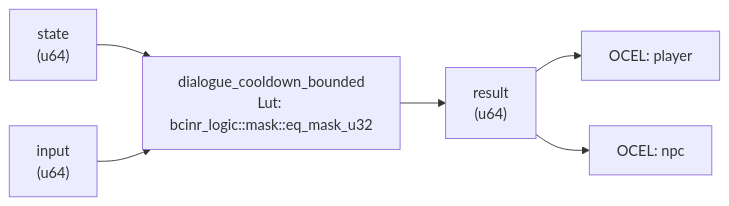
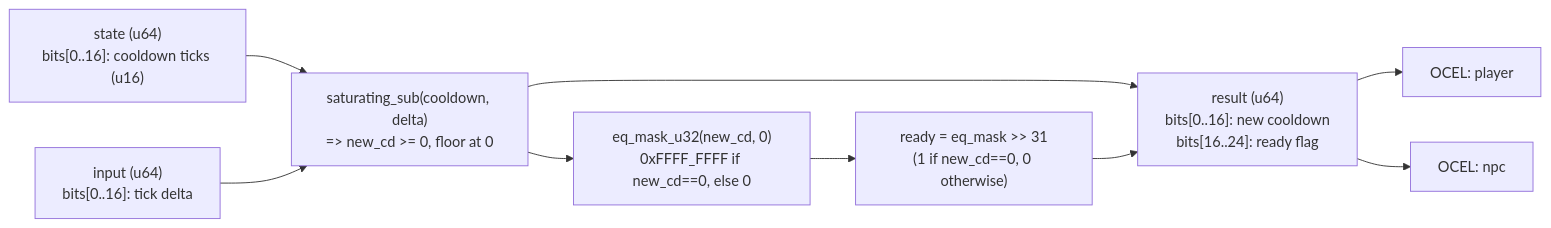
One commit to seanchatmangpt/bcinr changed the diagram in crates/wasm4games/docs/patterns/dialogue_cooldown_bounded.md. Above: the diagram before and after it, drawn with Mermaid. The commit also changed other lines of this file and 36 other files, not shown here.

````diff
--- a/crates/wasm4games/docs/patterns/dialogue_cooldown_bounded.md
+++ b/crates/wasm4games/docs/patterns/dialogue_cooldown_bounded.md
@@ -56,14 +37,19 @@
 ```mermaid
 graph LR
-    state["state\n(u64)"]
-    input["input\n(u64)"]
-    kernel["dialogue_cooldown_bounded\nLut: bcinr_logic::mask::eq_mask_u32"]
-    result["result\n(u64)"]
-    state --> kernel
-    input --> kernel
-    kernel --> result
+    state["state (u64)\nbits[0..16]: cooldown ticks (u16)"]
+    input["input (u64)\nbits[0..16]: tick delta"]
+    sub["saturating_sub(cooldown, delta)\n=> new_cd >= 0, floor at 0"]
+    eq["eq_mask_u32(new_cd, 0)\n0xFFFF_FFFF if new_cd==0, else 0"]
+    ready["ready = eq_mask >> 31\n(1 if new_cd==0, 0 otherwise)"]
+    result["result (u64)\nbits[0..16]: new cooldown\nbits[16..24]: ready flag"]
+    state --> sub
+    input --> sub
+    sub --> eq
+    eq --> ready
+    sub --> result
+    ready --> result
     ocel_0["OCEL: player"]
     result --> ocel_0
     ocel_1["OCEL: npc"]
     result --> ocel_1
 ```
````
